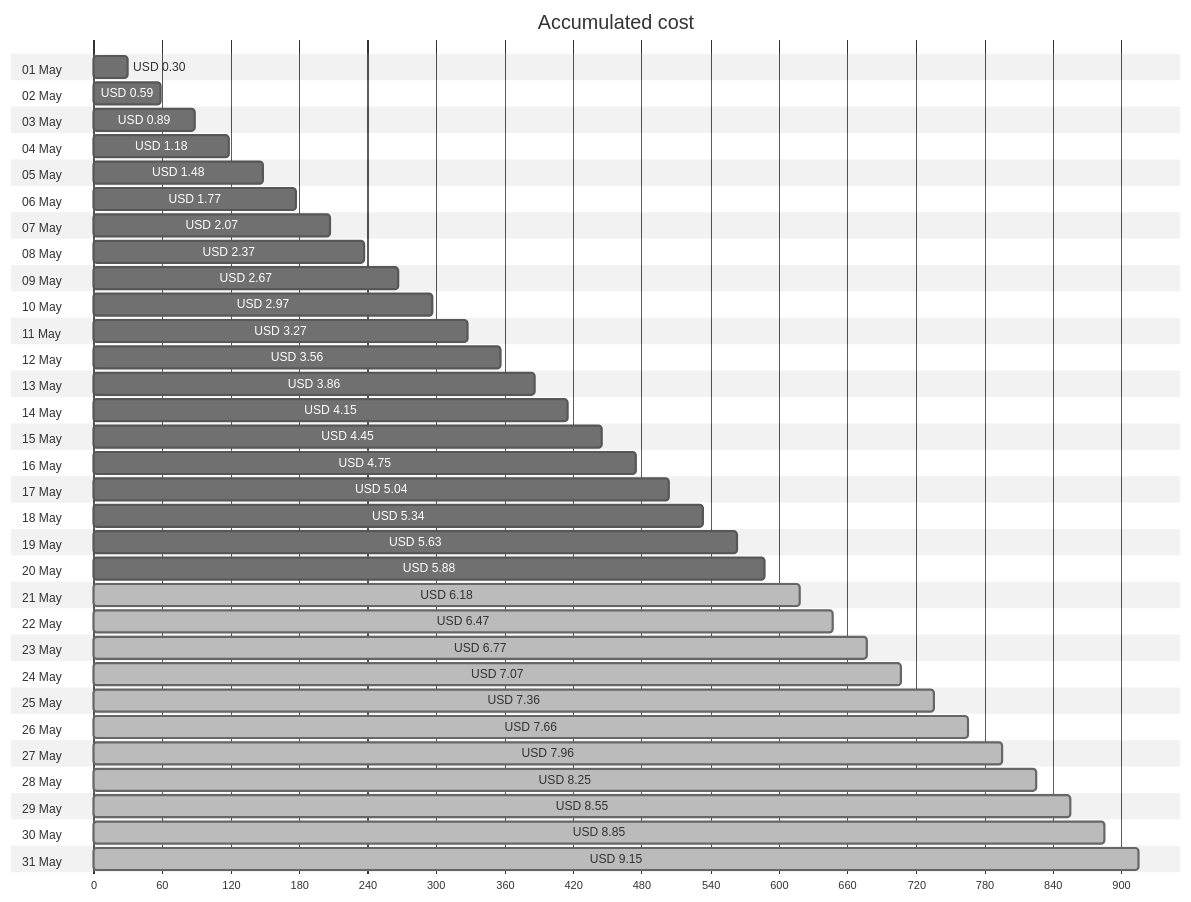
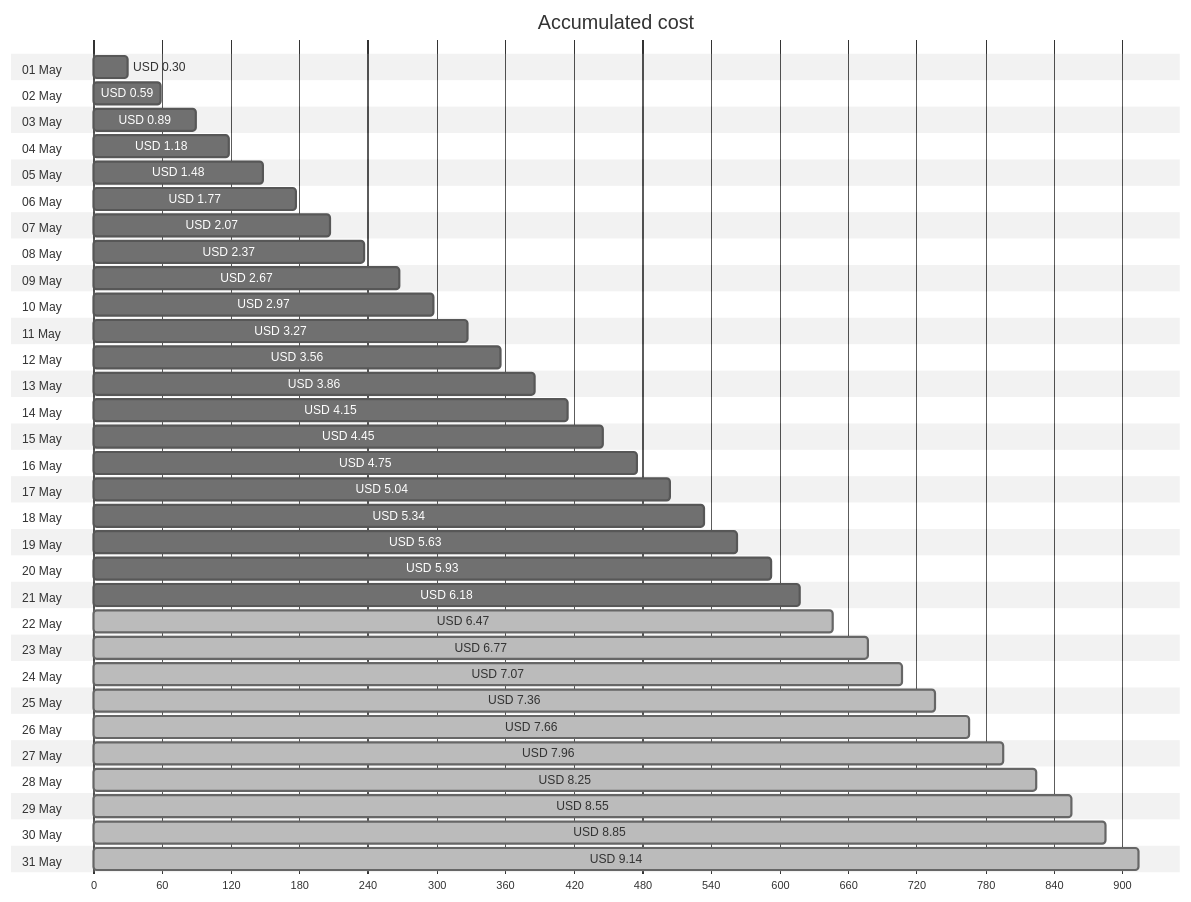
Before and after one commit to jpfulton/azure-personal-reports: the first of 4 diagrams in cost-reports/personal-site/personal-site-preview.md, drawn with Mermaid (neutral theme). The commit also changed other lines of this file and 6 other files, not shown here.

````diff
--- a/cost-reports/personal-site/personal-site-preview.md
+++ b/cost-reports/personal-site/personal-site-preview.md
@@ -20,68 +20,68 @@
 ```mermaid
 gantt
    title Accumulated cost
    dateFormat  X
    axisFormat %s
    section 01 May
    USD 0.30 :0, 30
    section 02 May
    USD 0.59 :0, 59
    section 03 May
    USD 0.89 :0, 89
    section 04 May
    USD 1.18 :0, 118
    section 05 May
    USD 1.48 :0, 148
    section 06 May
    USD 1.77 :0, 177
    section 07 May
    USD 2.07 :0, 207
    section 08 May
    USD 2.37 :0, 237
    section 09 May
    USD 2.67 :0, 267
    section 10 May
    USD 2.97 :0, 297
    section 11 May
    USD 3.27 :0, 327
    section 12 May
    USD 3.56 :0, 356
    section 13 May
    USD 3.86 :0, 386
    section 14 May
    USD 4.15 :0, 415
    section 15 May
    USD 4.45 :0, 445
    section 16 May
    USD 4.75 :0, 475
    section 17 May
    USD 5.04 :0, 504
    section 18 May
    USD 5.34 :0, 534
    section 19 May
    USD 5.63 :0, 563
    section 20 May
-   USD 5.88 :0, 588
+   USD 5.93 :0, 593
    section 21 May
-   USD 6.18 : done, 0, 618
+   USD 6.18 :0, 618
    section 22 May
    USD 6.47 : done, 0, 647
    section 23 May
    USD 6.77 : done, 0, 677
    section 24 May
    USD 7.07 : done, 0, 707
    section 25 May
    USD 7.36 : done, 0, 736
    section 26 May
    USD 7.66 : done, 0, 766
    section 27 May
    USD 7.96 : done, 0, 796
    section 28 May
    USD 8.25 : done, 0, 825
    section 29 May
    USD 8.55 : done, 0, 855
    section 30 May
    USD 8.85 : done, 0, 885
    section 31 May
-   USD 9.15 : done, 0, 915
+   USD 9.14 : done, 0, 914
 ```
````
